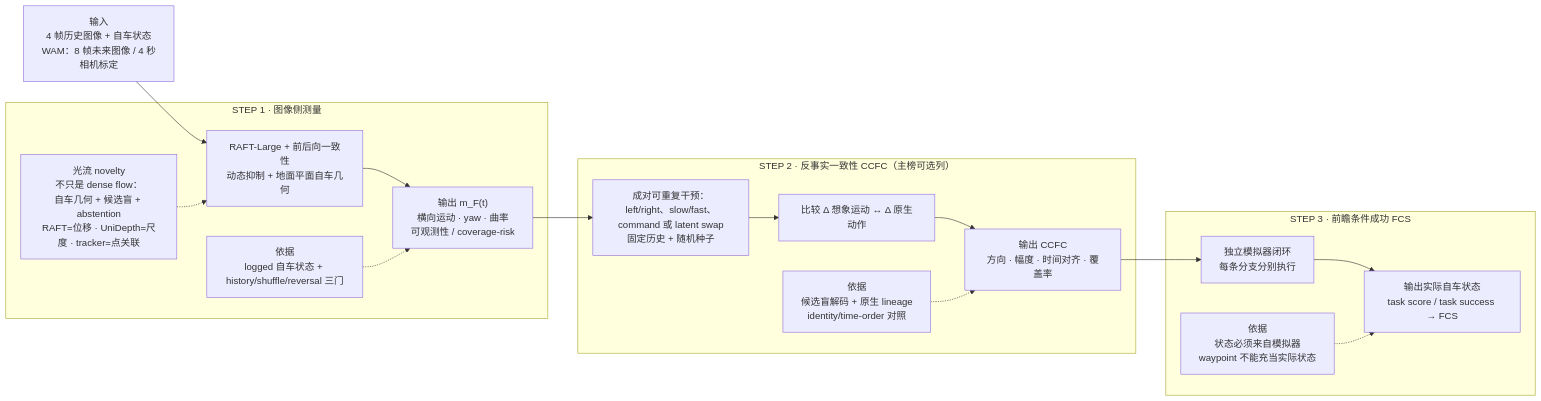
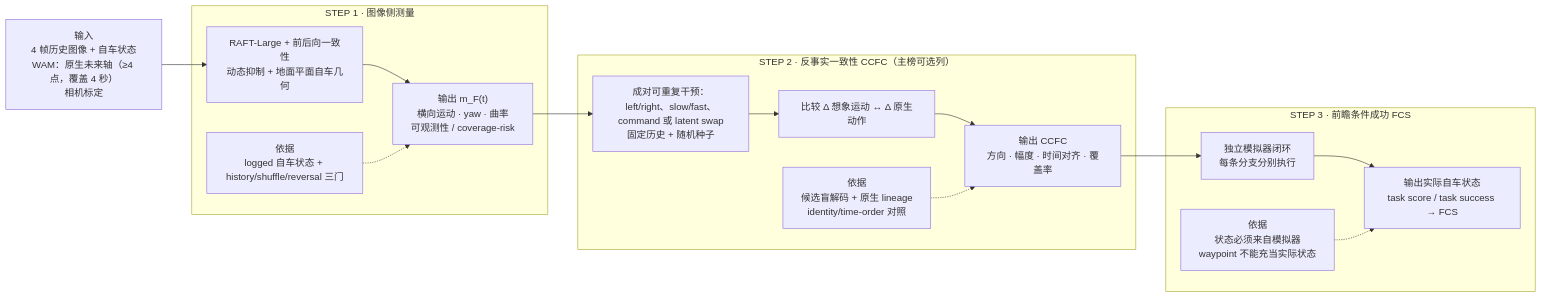
Before and after one commit to RiseBun/IAC-iclr: the diagram in README.md, drawn with Mermaid. The commit also changed other lines of this file and 8 other files, not shown here.

````diff
--- a/README.md
+++ b/README.md
@@ -30,30 +30,28 @@
 ```mermaid
 flowchart LR
-    I["输入<br/>4 帧历史图像 + 自车状态<br/>WAM：8 帧未来图像 / 4 秒<br/>相机标定"] --> A
+    I["输入<br/>4 帧历史图像 + 自车状态<br/>WAM：原生未来轴（≥4 点，覆盖 4 秒）<br/>相机标定"] --> A
     subgraph S1["STEP 1 · 图像侧测量"]
         A["RAFT-Large + 前后向一致性<br/>动态抑制 + 地面平面自车几何"]
-        N["光流 novelty<br/>不只是 dense flow：<br/>自车几何 + 候选盲 + abstention<br/>RAFT=位移 · UniDepth=尺度 · tracker=点关联"]
         O["输出 m_F(t)<br/>横向运动 · yaw · 曲率<br/>可观测性 / coverage-risk"]
         B["依据<br/>logged 自车状态 + history/shuffle/reversal 三门"]
         A --> O
-        N -.-> A
         B -.-> O
     end
     O --> D
     subgraph S2["STEP 2 · 反事实一致性 CCFC（主榜可选列）"]
         D["成对可重复干预：left/right、slow/fast、command 或 latent swap<br/>固定历史 + 随机种子"]
         C["比较 Δ 想象运动 ↔ Δ 原生动作"]
         Q["输出 CCFC<br/>方向 · 幅度 · 时间对齐 · 覆盖率"]
         E["依据<br/>候选盲解码 + 原生 lineage<br/>identity/time-order 对照"]
         D --> C --> Q
         E -.-> Q
     end
     Q --> R
     subgraph S3["STEP 3 · 前瞻条件成功 FCS"]
         R["独立模拟器闭环<br/>每条分支分别执行"]
         T["输出实际自车状态<br/>task score / task success → FCS"]
         U["依据<br/>状态必须来自模拟器<br/>waypoint 不能充当实际状态"]
         R --> T
         U -.-> T
     end
 ```
````
